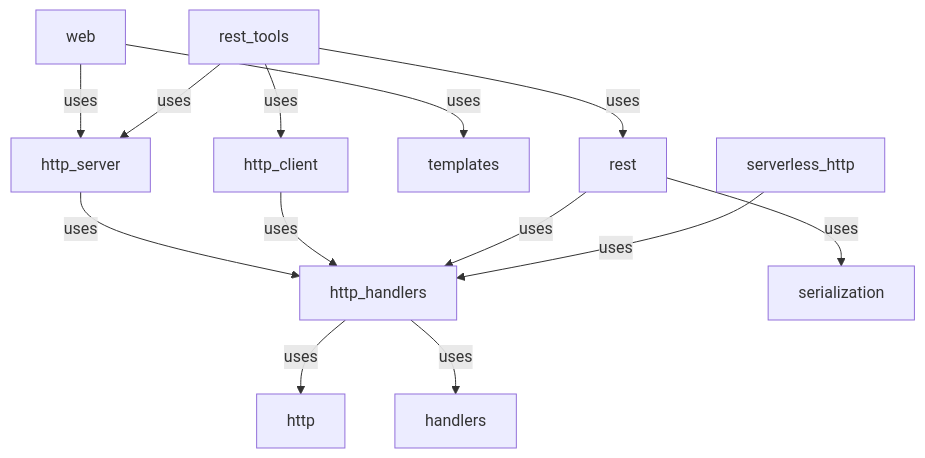
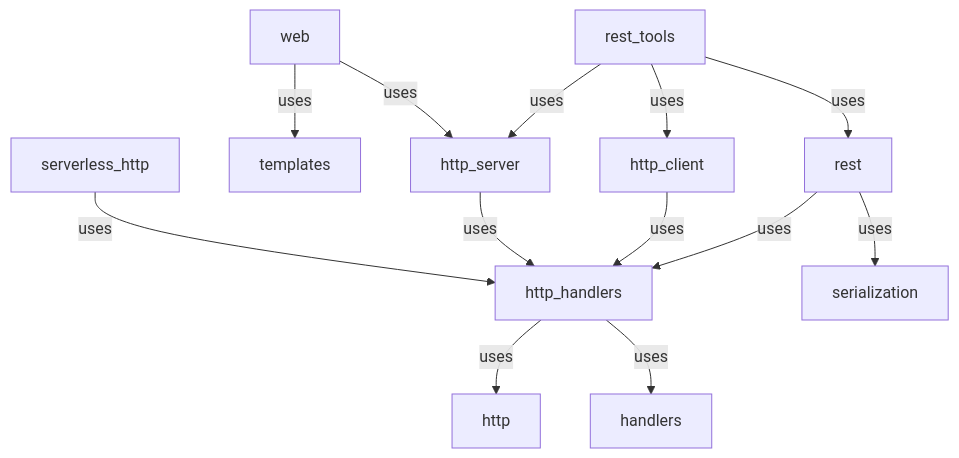
One commit to hexagontk/hexagon changed the diagram in site/pages/index.md. Above: the diagram before and after it, drawn with Mermaid. The commit also changed other lines of this file, not shown here.

````diff
--- a/site/pages/index.md
+++ b/site/pages/index.md
@@ -172,15 +172,15 @@
 ```mermaid
 graph TD
+  serverless_http -->|uses| http_handlers
+  web -->|uses| templates
+  web -->|uses| http_server
+  rest_tools -->|uses| http_server
+  rest_tools -->|uses| http_client
+  rest_tools -->|uses| rest
+  http_server -->|uses| http_handlers
+  http_client -->|uses| http_handlers
+  rest -->|uses| http_handlers
+  rest -->|uses| serialization
   http_handlers -->|uses| http
   http_handlers -->|uses| handlers
-  http_server -->|uses| http_handlers
-  http_client -->|uses| http_handlers
-  web -->|uses| http_server
-  web -->|uses| templates
-  rest -->|uses| http_handlers
-  rest -->|uses| serialization
-  rest_tools -->|uses| rest
-  rest_tools -->|uses| http_server
-  rest_tools -->|uses| http_client
-  serverless_http -->|uses| http_handlers
 ```
````
